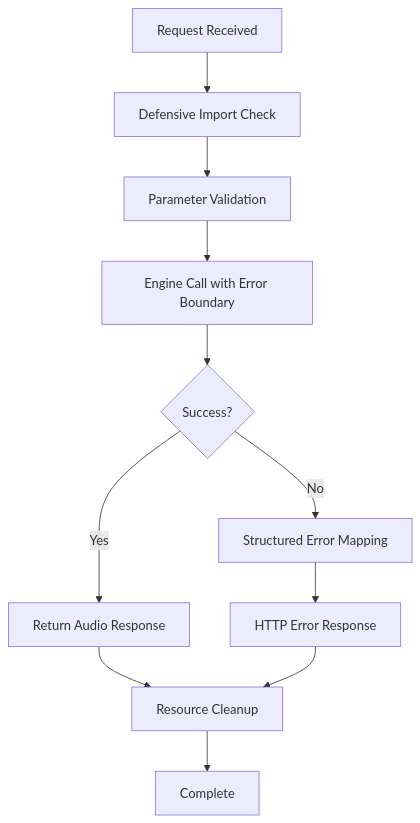
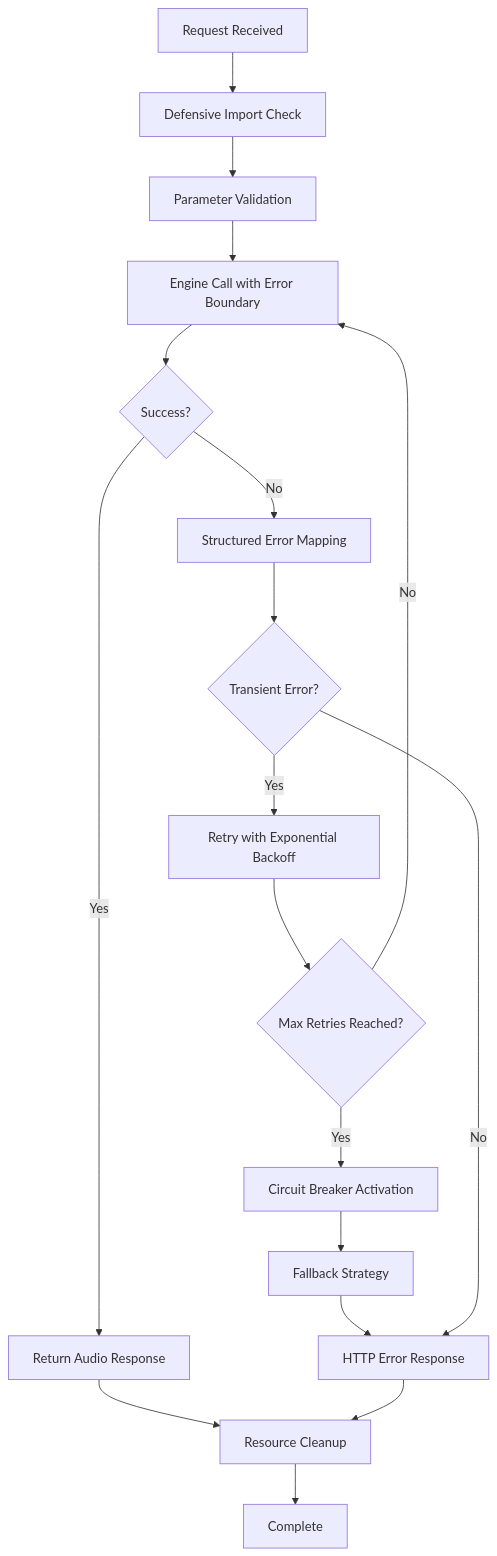
Before and after one commit to zmyeo54/briefroom: the third of 5 diagrams in .qoder/repowiki/en/content/API Reference/Text-to-Speech API.md, drawn with Mermaid. The commit also changed other lines of this file and 7 other files, not shown here.

First line of the commit message:
feat(tts): enhance stability with retry logic and circuit breaker patterns

````diff
--- a/.qoder/repowiki/en/content/API Reference/Text-to-Speech API.md
+++ b/.qoder/repowiki/en/content/API Reference/Text-to-Speech API.md
@@ -272,13 +292,20 @@
 ```mermaid
 flowchart TD
 A["Request Received"] --> B["Defensive Import Check"]
 B --> C["Parameter Validation"]
 C --> D["Engine Call with Error Boundary"]
 D --> E{"Success?"}
 E --> |Yes| F["Return Audio Response"]
 E --> |No| G["Structured Error Mapping"]
-G --> H["HTTP Error Response"]
-F --> I["Resource Cleanup"]
-H --> I
-I --> J["Complete"]
+G --> H{"Transient Error?"}
+H --> |Yes| I["Retry with Exponential Backoff"]
+I --> J{"Max Retries Reached?"}
+J --> |No| D
+J --> |Yes| K["Circuit Breaker Activation"]
+K --> L["Fallback Strategy"]
+L --> M["HTTP Error Response"]
+H --> |No| M
+F --> N["Resource Cleanup"]
+M --> N
+N --> O["Complete"]
 ```
````
